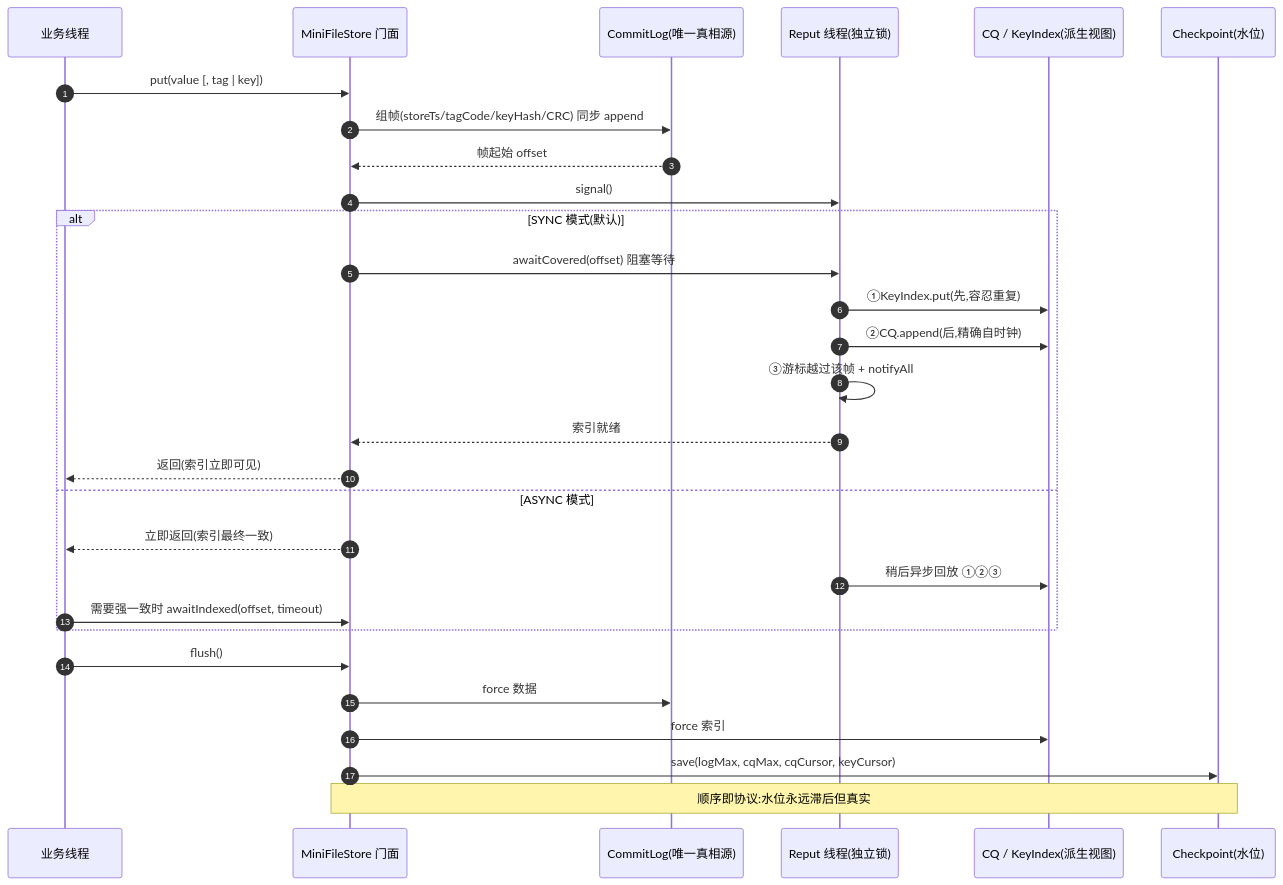
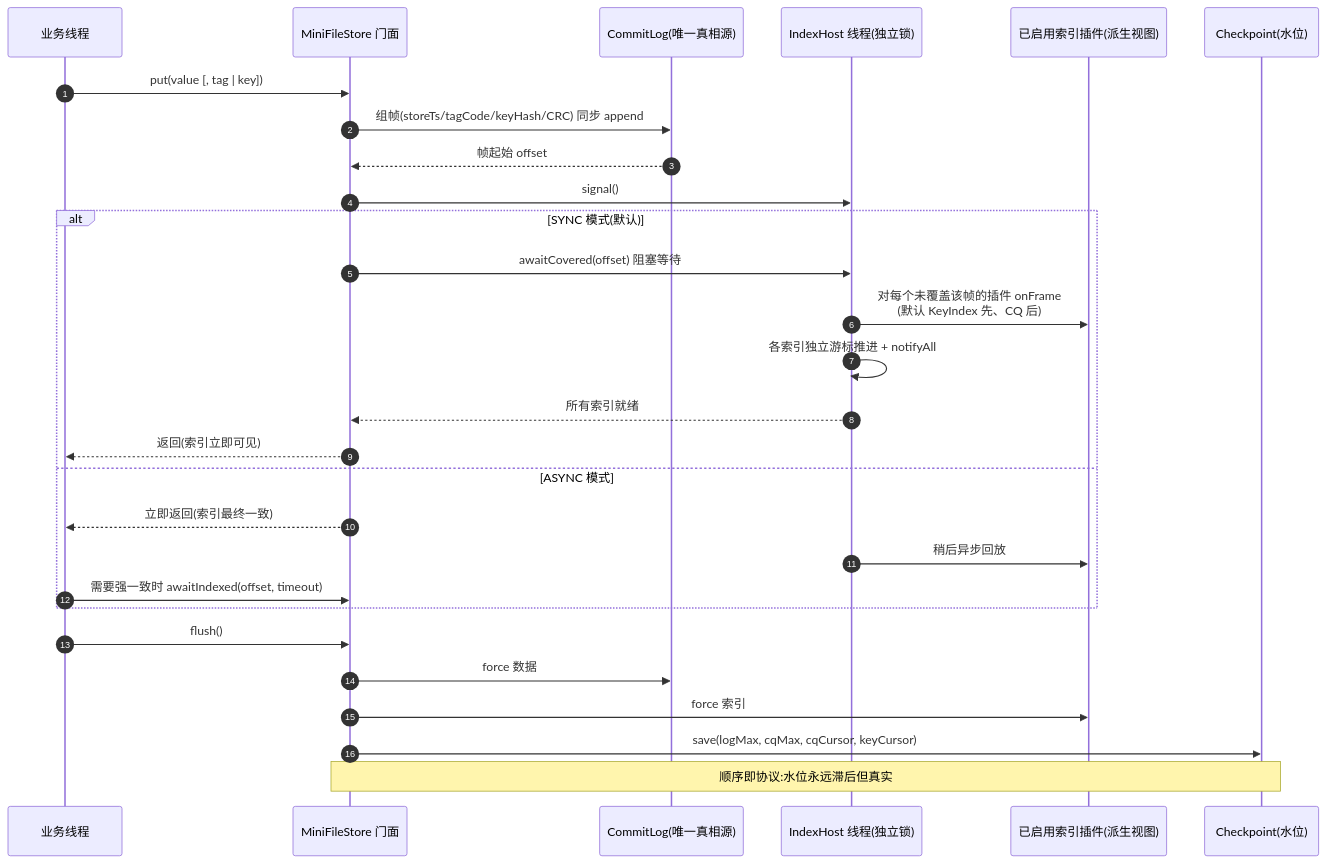
Before and after one commit to ispengya/mini-file-storage: the first of 2 diagrams in README.md, drawn with Mermaid. The commit also changed other lines of this file and 25 other files, not shown here.

````diff
--- a/README.md
+++ b/README.md
@@ -63,32 +110,31 @@
 ```mermaid
 sequenceDiagram
     autonumber
     participant B as 业务线程
     participant F as MiniFileStore 门面
     participant L as CommitLog(唯一真相源)
-    participant R as Reput 线程(独立锁)
-    participant I as CQ / KeyIndex(派生视图)
+    participant R as IndexHost 线程(独立锁)
+    participant I as 已启用索引插件(派生视图)
     participant C as Checkpoint(水位)
 
     B->>F: put(value [, tag | key])
     F->>L: 组帧(storeTs/tagCode/keyHash/CRC) 同步 append
     L-->>F: 帧起始 offset
     F->>R: signal()
     alt SYNC 模式(默认)
         F->>R: awaitCovered(offset) 阻塞等待
-        R->>I: ①KeyIndex.put(先,容忍重复)
-        R->>I: ②CQ.append(后,精确自时钟)
-        R->>R: ③游标越过该帧 + notifyAll
-        R-->>F: 索引就绪
+        R->>I: 对每个未覆盖该帧的插件 onFrame<br/>(默认 KeyIndex 先、CQ 后)
+        R->>R: 各索引独立游标推进 + notifyAll
+        R-->>F: 所有索引就绪
         F-->>B: 返回(索引立即可见)
     else ASYNC 模式
         F-->>B: 立即返回(索引最终一致)
-        R->>I: 稍后异步回放 ①②③
+        R->>I: 稍后异步回放
         B->>F: 需要强一致时 awaitIndexed(offset, timeout)
     end
     B->>F: flush()
     F->>L: force 数据
     F->>I: force 索引
     F->>C: save(logMax, cqMax, cqCursor, keyCursor)
     Note over F,C: 顺序即协议:水位永远滞后但真实
 ```
````
